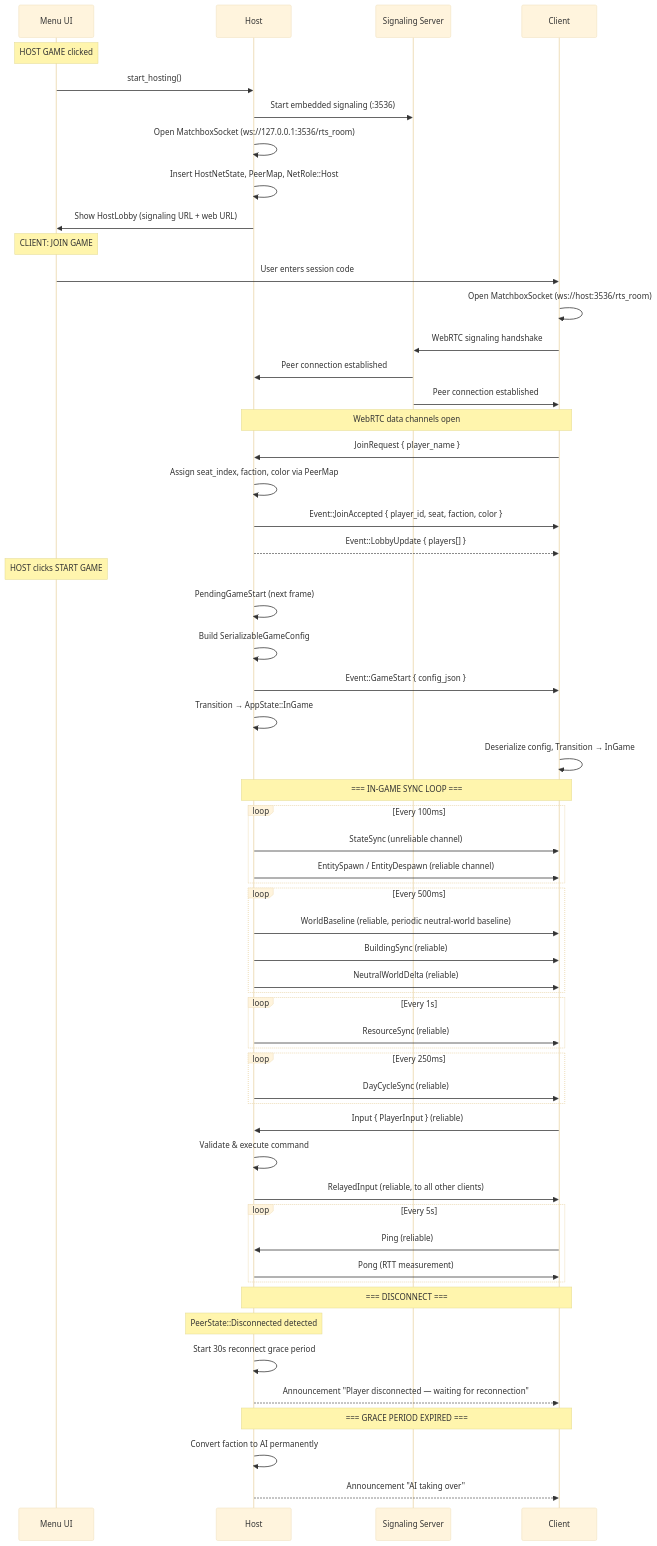
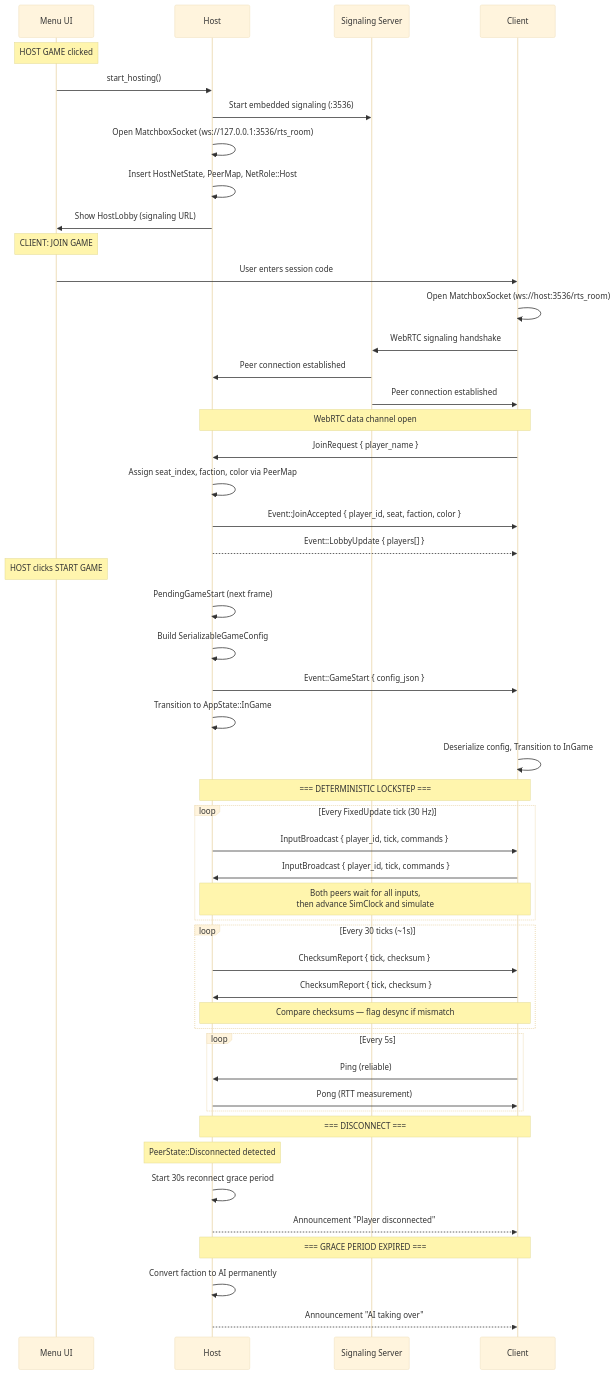
The third of 10 diagrams in docs/mul-arch.md (pashaydev/RTS), drawn with Mermaid (base theme) before and after one commit. The commit also changed other lines of this file and 77 other files, not shown here.

````diff
--- a/docs/mul-arch.md
+++ b/docs/mul-arch.md
@@ -130,74 +108,63 @@
 ```mermaid
 sequenceDiagram
     participant UI as Menu UI
     participant Host as Host
     participant Signaling as Signaling Server
     participant Client as Client
 
     Note over UI: HOST GAME clicked
     UI->>Host: start_hosting()
     Host->>Signaling: Start embedded signaling (:3536)
     Host->>Host: Open MatchboxSocket (ws://127.0.0.1:3536/rts_room)
     Host->>Host: Insert HostNetState, PeerMap, NetRole::Host
-    Host->>UI: Show HostLobby (signaling URL + web URL)
+    Host->>UI: Show HostLobby (signaling URL)
 
     Note over UI: CLIENT: JOIN GAME
     UI->>Client: User enters session code
     Client->>Client: Open MatchboxSocket (ws://host:3536/rts_room)
     Client->>Signaling: WebRTC signaling handshake
     Signaling->>Host: Peer connection established
     Signaling->>Client: Peer connection established
 
-    Note over Host,Client: WebRTC data channels open
+    Note over Host,Client: WebRTC data channel open
 
     Client->>Host: JoinRequest { player_name }
     Host->>Host: Assign seat_index, faction, color via PeerMap
     Host->>Client: Event::JoinAccepted { player_id, seat, faction, color }
     Host-->>Client: Event::LobbyUpdate { players[] }
 
     Note over UI: HOST clicks START GAME
     Host->>Host: PendingGameStart (next frame)
     Host->>Host: Build SerializableGameConfig
     Host->>Client: Event::GameStart { config_json }
-    Host->>Host: Transition → AppState::InGame
-    Client->>Client: Deserialize config, Transition → InGame
+    Host->>Host: Transition to AppState::InGame
+    Client->>Client: Deserialize config, Transition to InGame
 
-    Note over Host,Client: === IN-GAME SYNC LOOP ===
+    Note over Host,Client: === DETERMINISTIC LOCKSTEP ===
 
-    loop Every 100ms
-        Host->>Client: StateSync (unreliable channel)
-        Host->>Client: EntitySpawn / EntityDespawn (reliable channel)
+    loop Every FixedUpdate tick (30 Hz)
+        Host->>Client: InputBroadcast { player_id, tick, commands }
+        Client->>Host: InputBroadcast { player_id, tick, commands }
+        Note over Host,Client: Both peers wait for all inputs,<br/>then advance SimClock and simulate
     end
 
-    loop Every 500ms
-        Host->>Client: WorldBaseline (reliable, periodic neutral-world baseline)
-        Host->>Client: BuildingSync (reliable)
-        Host->>Client: NeutralWorldDelta (reliable)
+    loop Every 30 ticks (~1s)
+        Host->>Client: ChecksumReport { tick, checksum }
+        Client->>Host: ChecksumReport { tick, checksum }
+        Note over Host,Client: Compare checksums — flag desync if mismatch
     end
-
-    loop Every 1s
-        Host->>Client: ResourceSync (reliable)
-    end
-
-    loop Every 250ms
-        Host->>Client: DayCycleSync (reliable)
-    end
-
-    Client->>Host: Input { PlayerInput } (reliable)
-    Host->>Host: Validate & execute command
-    Host->>Client: RelayedInput (reliable, to all other clients)
 
     loop Every 5s
         Client->>Host: Ping (reliable)
         Host->>Client: Pong (RTT measurement)
     end
 
     Note over Host,Client: === DISCONNECT ===
     Note over Host: PeerState::Disconnected detected
     Host->>Host: Start 30s reconnect grace period
-    Host-->>Client: Announcement "Player disconnected — waiting for reconnection"
+    Host-->>Client: Announcement "Player disconnected"
 
     Note over Host,Client: === GRACE PERIOD EXPIRED ===
     Host->>Host: Convert faction to AI permanently
     Host-->>Client: Announcement "AI taking over"
 ```
````
